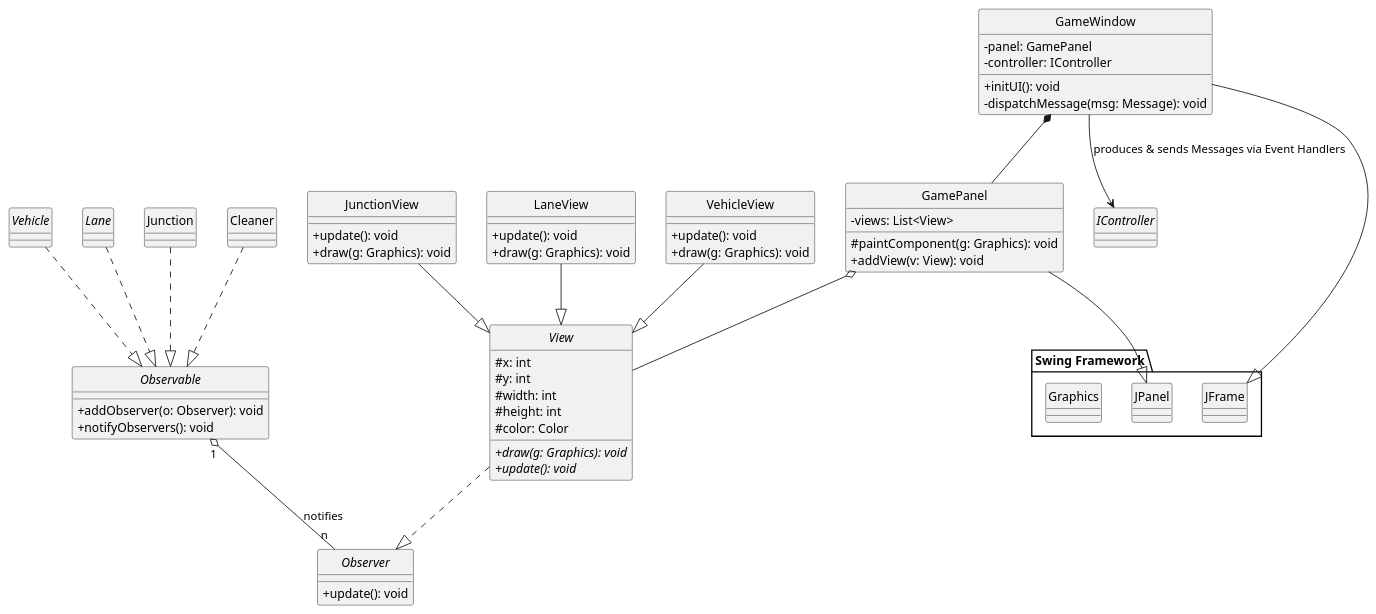
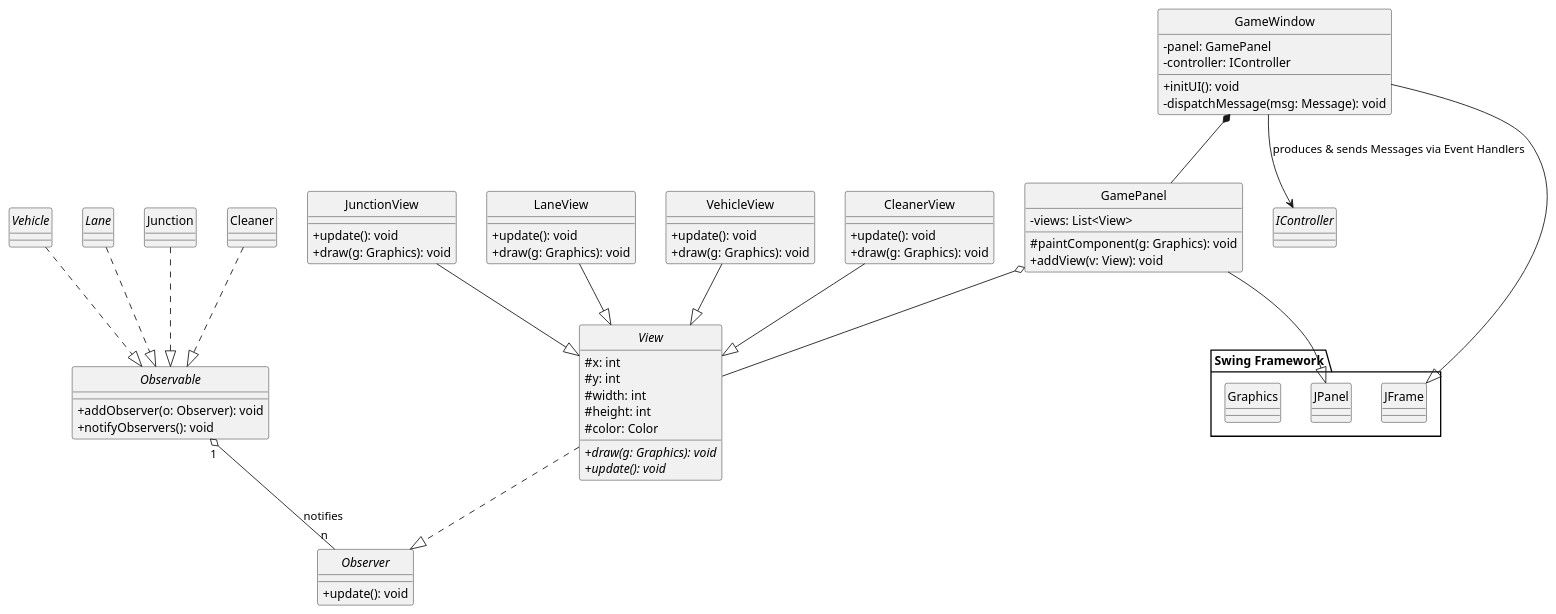
One commit to toth-andor/UneNotteANapoli changed the diagram in docs/11/diagrams/ui_class_diagram.puml. Above: the diagram before and after it, drawn with PlantUML.

Commit message:
Added CleanerView

```diff
--- a/docs/11/diagrams/ui_class_diagram.puml
+++ b/docs/11/diagrams/ui_class_diagram.puml
@@ -1,85 +1,92 @@
 @startuml
 skinparam classAttributeIconSize 0
 skinparam style strictuml
 
 package "Swing Framework" {
     class JFrame
     class JPanel
     class Graphics
 }
 
 interface Observer {
     +update(): void
 }
 
 interface Observable {
     +addObserver(o: Observer): void
     +notifyObservers(): void
 }
 
 abstract class View {
     #x: int
     #y: int
     #width: int
     #height: int
     #color: Color
     +{abstract} draw(g: Graphics): void
     +{abstract} update(): void
 }
 
 class JunctionView {
     +update(): void
     +draw(g: Graphics): void
 }
 
 class LaneView {
     +update(): void
     +draw(g: Graphics): void
 }
 
 class VehicleView {
     +update(): void
     +draw(g: Graphics): void
 }
 
+class CleanerView {
+    +update(): void
+    +draw(g: Graphics): void
+}
+
+
 class GamePanel {
     -views: List<View>
     #paintComponent(g: Graphics): void
     +addView(v: View): void
 }
 
 class GameWindow {
     -panel: GamePanel
     -controller: IController
     +initUI(): void
     -dispatchMessage(msg: Message): void
 }
 
 ' Öröklődés és megvalósítás
 View ..|> Observer
 JunctionView --|> View
 LaneView --|> View
 VehicleView --|> View
+CleanerView --|> View
 
 GamePanel --|> JPanel
 GameWindow --|> JFrame
 GameWindow *-- GamePanel
 GamePanel o-- View
 
 ' Kapcsolódás a modellhez
 abstract class Vehicle
 abstract class Lane
 class Junction
 class Cleaner
 
 Vehicle ..|> Observable
 Lane ..|> Observable
 Junction ..|> Observable
 Cleaner ..|> Observable
 
 Observable "1" o-- "n" Observer : notifies
 
 ' Kapcsolódás a kontrollerhez
 interface IController
 GameWindow --> IController : produces & sends Messages via Event Handlers
 @enduml
```
